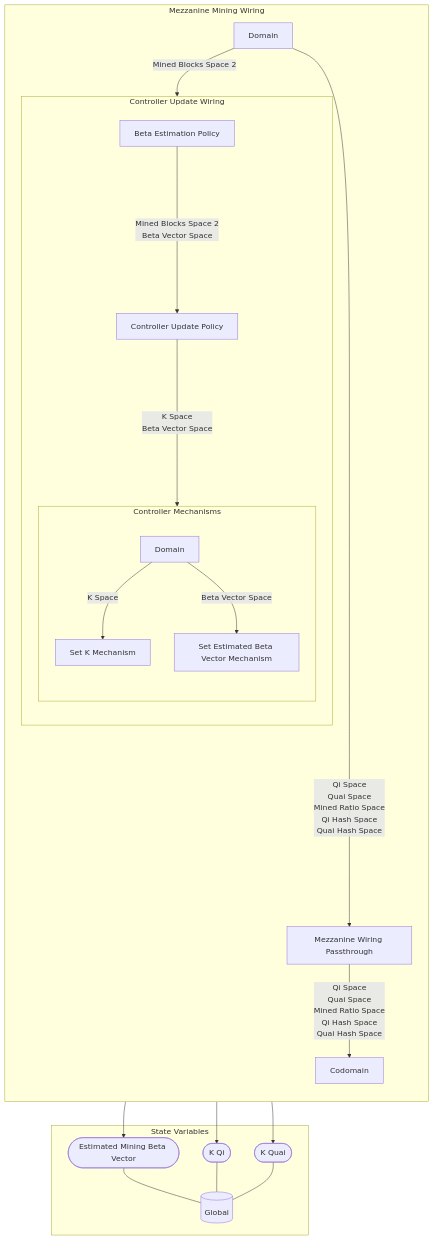
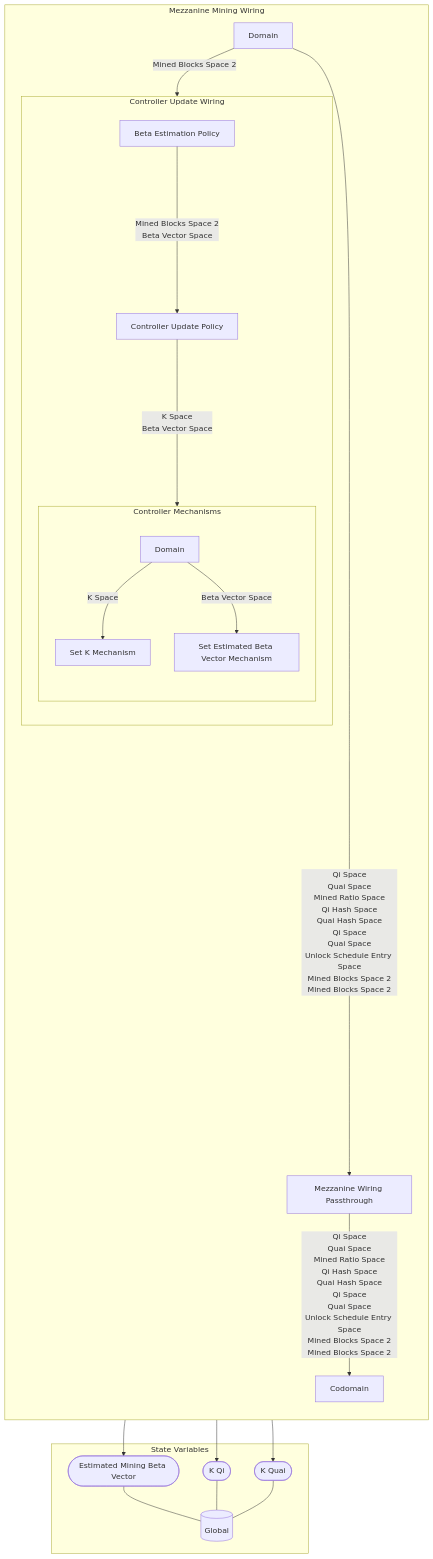
Before and after one commit to dominant-strategies/Quai-Macro-Model: the diagram in Research/MSML Scaffold/Wiring/Mezzanine Mining Wiring.md, drawn with Mermaid. The commit also changed other lines of this file and 40 other files, not shown here.

````diff
--- a/Research/MSML Scaffold/Wiring/Mezzanine Mining Wiring.md
+++ b/Research/MSML Scaffold/Wiring/Mezzanine Mining Wiring.md
@@ -3,56 +3,66 @@
 ```mermaid
 graph TB
 
 subgraph SVS["State Variables"]
 EE0[("Global")]
 EES0(["Estimated Mining Beta Vector"])
 EES0 --- EE0
 EES1(["K Qi"])
 EES1 --- EE0
 EES2(["K Quai"])
 EES2 --- EE0
 end
 
 subgraph X12["Mezzanine Mining Wiring"]
 direction TB
 subgraph X8["Controller Update Wiring"]
 direction TB
 X1["Beta Estimation Policy"]
 X2["Controller Update Policy"]
 subgraph X7["Controller Mechanisms"]
 direction TB
 X3["Set K Mechanism"]
 X3 --> EES2
 X3 --> EES1
 X4["Set Estimated Beta Vector Mechanism"]
 X4 --> EES0
 X5[Domain]
 
 direction LR
 direction TB
 X5 --"K Space"--> X3
 X5 --"Beta Vector Space"--> X4
 end
 X1--"Mined Blocks Space 2
 Beta Vector Space"---->X2
 X2--"K Space
 Beta Vector Space"---->X7
 end
 X9["Mezzanine Wiring Passthrough"]
 X10[Domain]
 X11[Codomain]
 direction LR
 direction TB
 X10 --"Mined Blocks Space 2"--> X8
 X10 --"Qi Space
 Quai Space
 Mined Ratio Space
 Qi Hash Space
-Quai Hash Space"------> X9
+Quai Hash Space
+Qi Space
+Quai Space
+Unlock Schedule Entry Space
+Mined Blocks Space 2
+Mined Blocks Space 2"-----------> X9
 X9 --"Qi Space
 Quai Space
 Mined Ratio Space
 Qi Hash Space
-Quai Hash Space"--> X11
+Quai Hash Space
+Qi Space
+Quai Space
+Unlock Schedule Entry Space
+Mined Blocks Space 2
+Mined Blocks Space 2"--> X11
 end
 ```
````
